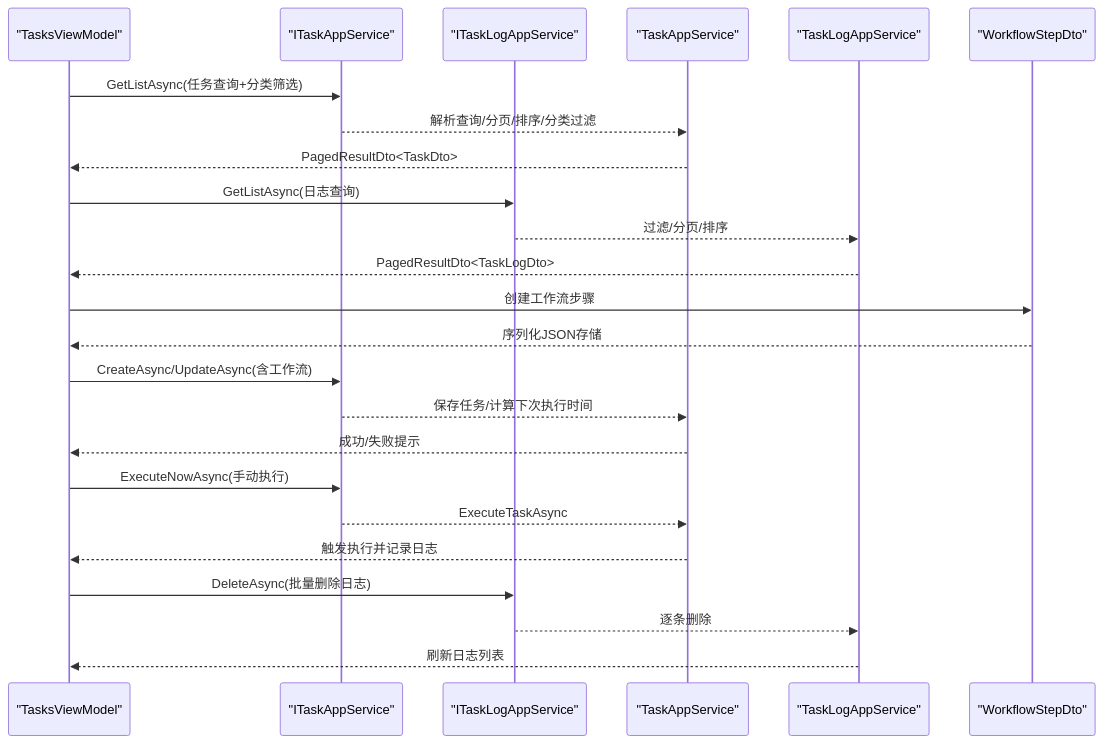
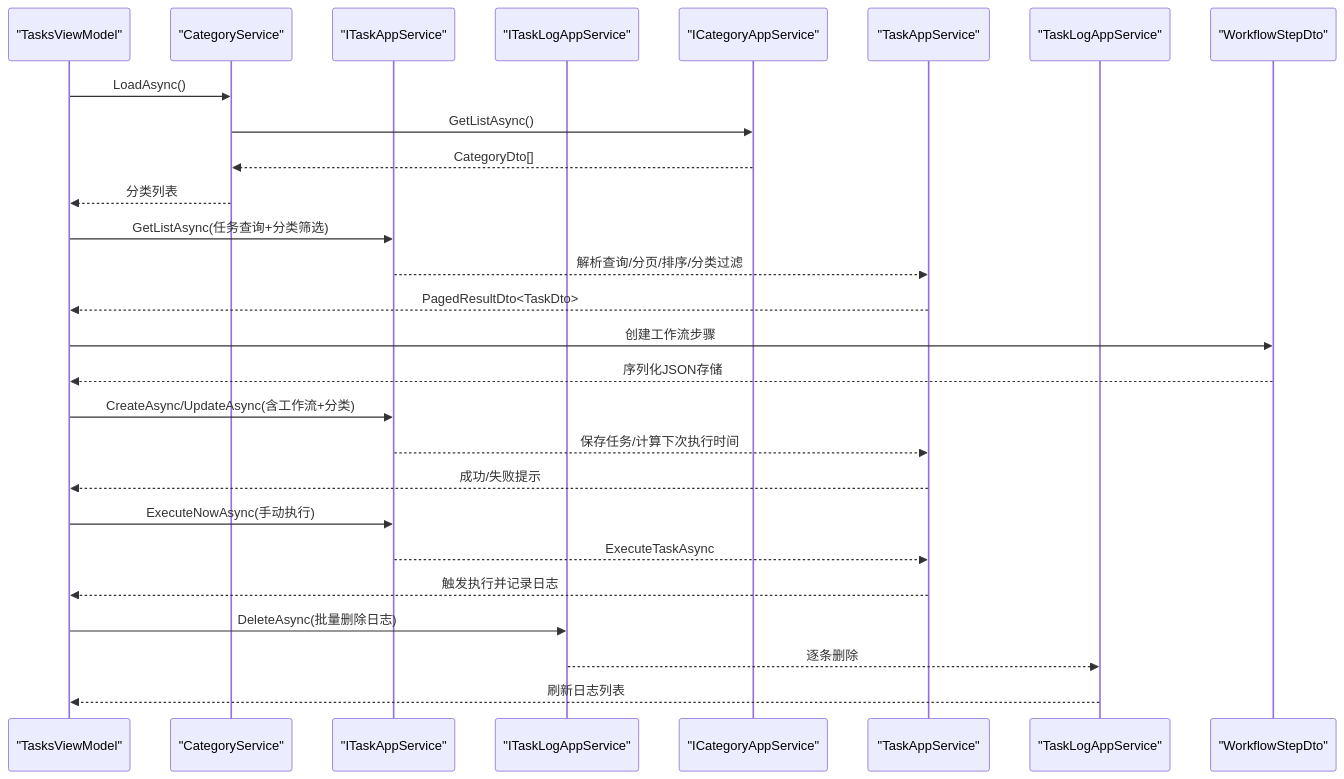
One commit to openlowcodelab/lowcode changed the second of 12 diagrams in .qoder/repowiki/zh/content/AI助手服务/桌面端应用/视图模型层/任务管理视图模型.md. Above: the diagram before and after it, drawn with Mermaid. The commit also changed other lines of this file and 56 other files, not shown here.

````diff
--- a/.qoder/repowiki/zh/content/AI助手服务/桌面端应用/视图模型层/任务管理视图模型.md
+++ b/.qoder/repowiki/zh/content/AI助手服务/桌面端应用/视图模型层/任务管理视图模型.md
@@ -108,26 +111,29 @@
 ```mermaid
 sequenceDiagram
 participant UI as "TasksViewModel"
+participant CS as "CategoryService"
 participant IT as "ITaskAppService"
 participant IL as "ITaskLogAppService"
+participant IC as "ICategoryAppService"
 participant TS as "TaskAppService"
 participant LS as "TaskLogAppService"
 participant WF as "WorkflowStepDto"
+UI->>CS : LoadAsync()
+CS->>IC : GetListAsync()
+IC-->>CS : CategoryDto[]
+CS-->>UI : 分类列表
 UI->>IT : GetListAsync(任务查询+分类筛选)
 IT-->>TS : 解析查询/分页/排序/分类过滤
 TS-->>UI : PagedResultDto<TaskDto>
-UI->>IL : GetListAsync(日志查询)
-IL-->>LS : 过滤/分页/排序
-LS-->>UI : PagedResultDto<TaskLogDto>
 UI->>WF : 创建工作流步骤
 WF-->>UI : 序列化JSON存储
-UI->>IT : CreateAsync/UpdateAsync(含工作流)
+UI->>IT : CreateAsync/UpdateAsync(含工作流+分类)
 IT-->>TS : 保存任务/计算下次执行时间
 TS-->>UI : 成功/失败提示
 UI->>IT : ExecuteNowAsync(手动执行)
 IT-->>TS : ExecuteTaskAsync
 TS-->>UI : 触发执行并记录日志
 UI->>IL : DeleteAsync(批量删除日志)
 IL-->>LS : 逐条删除
 LS-->>UI : 刷新日志列表
 ```
````
